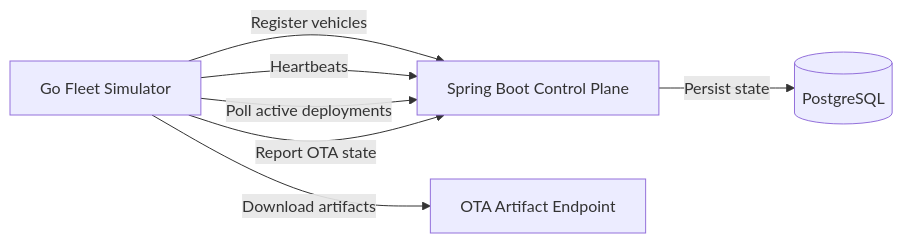
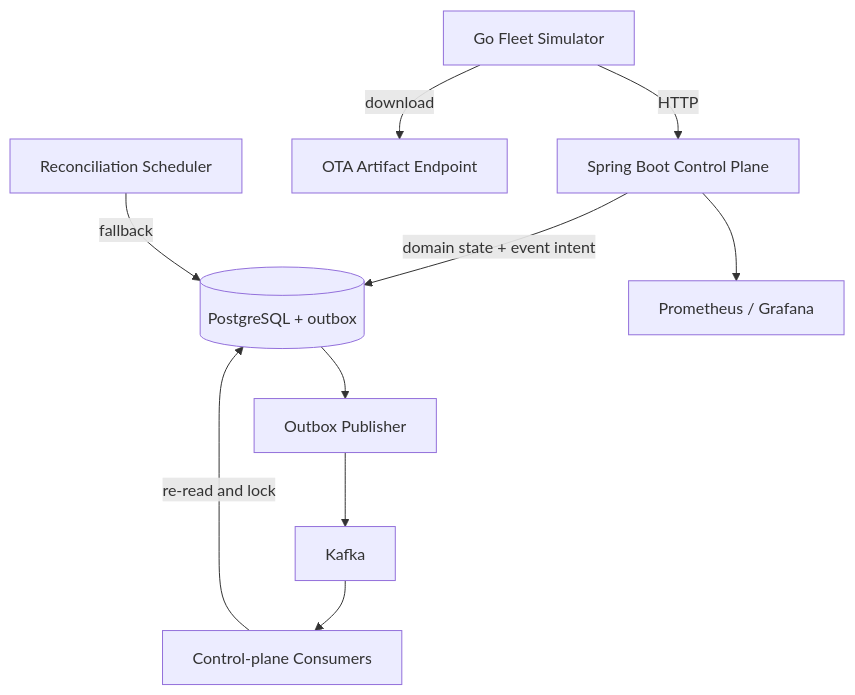
Before and after one commit to filip-labs/Heimdall: the diagram in README.md, drawn with Mermaid. The commit also changed other lines of this file and 3 other files, not shown here.

````diff
--- a/README.md
+++ b/README.md
@@ -25,14 +25,12 @@
 ```mermaid
-flowchart LR
-    SIM[Go Fleet Simulator]
-    API[Spring Boot Control Plane]
-    DB[(PostgreSQL)]
-    ART[OTA Artifact Endpoint]
-
-    SIM -->|Register vehicles| API
-    SIM -->|Heartbeats| API
-    SIM -->|Poll active deployments| API
-    SIM -->|Report OTA state| API
-    API -->|Persist state| DB
-    SIM -->|Download artifacts| ART
+flowchart TD
+    SIM[Go Fleet Simulator] -->|HTTP| API[Spring Boot Control Plane]
+    SIM -->|download| ART[OTA Artifact Endpoint]
+    API -->|domain state + event intent| DB[(PostgreSQL + outbox)]
+    DB --> PUB[Outbox Publisher]
+    PUB --> K[Kafka]
+    K --> CON[Control-plane Consumers]
+    CON -->|re-read and lock| DB
+    REC[Reconciliation Scheduler] -->|fallback| DB
+    API --> MET[Prometheus / Grafana]
 ```
````
